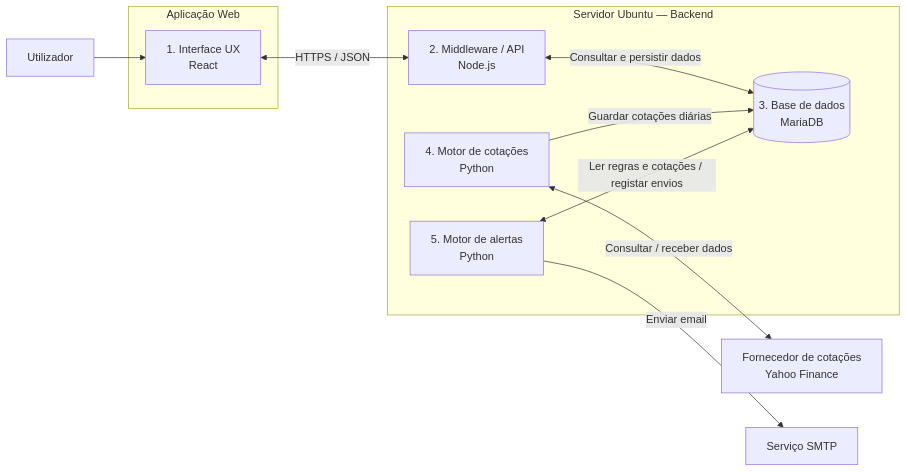
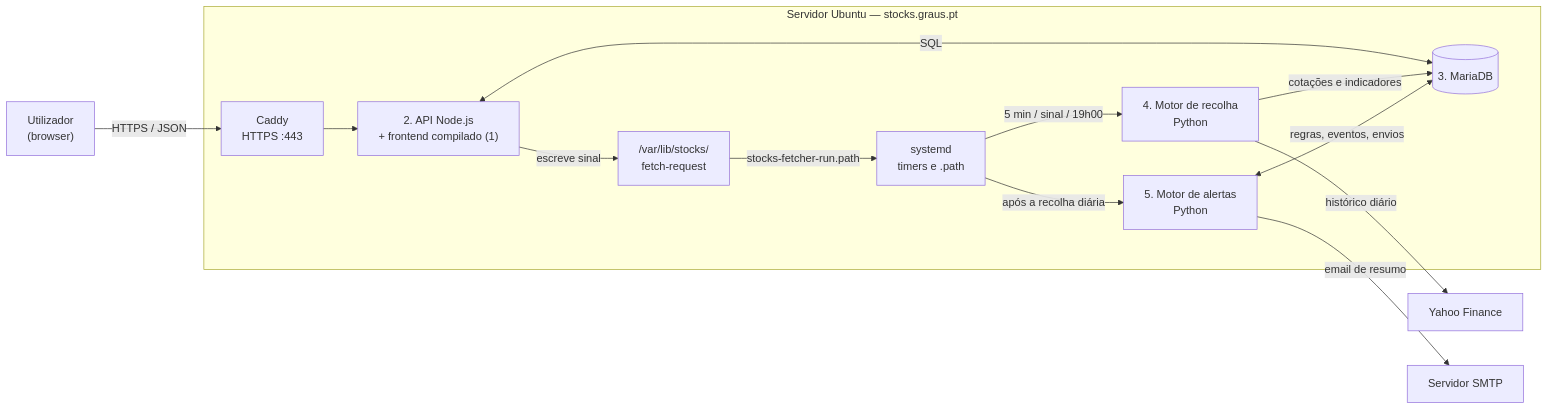
One commit to msant1972/stocks changed the diagram in docs/arquitectura/arquitectura.md. Above: the diagram before and after it, drawn with Mermaid. The commit also changed other lines of this file and 1 other file, not shown here.

````diff
--- a/docs/arquitectura/arquitectura.md
+++ b/docs/arquitectura/arquitectura.md
@@ -42,27 +46,30 @@
 ```mermaid
 flowchart LR
-    U["Utilizador"]
+    U["Utilizador<br/>(browser)"]
 
-    subgraph WEB["Aplicação Web"]
-        UI["1. Interface UX<br/>React"]
+    subgraph SERVER["Servidor Ubuntu — stocks.graus.pt"]
+        CADDY["Caddy<br/>HTTPS :443"]
+        API["2. API Node.js<br/>+ frontend compilado (1)"]
+        DB[("3. MariaDB")]
+        FETCH["4. Motor de recolha<br/>Python"]
+        ALERT["5. Motor de alertas<br/>Python"]
+        SYSD["systemd<br/>timers e .path"]
+        SIG["/var/lib/stocks/<br/>fetch-request"]
+
+        CADDY --> API
+        API <-->|SQL| DB
+        API -->|escreve sinal| SIG
+        SIG -->|stocks-fetcher-run.path| SYSD
+        SYSD -->|5 min / sinal / 19h00| FETCH
+        SYSD -->|após a recolha diária| ALERT
+        FETCH -->|cotações e indicadores| DB
+        ALERT <-->|regras, eventos, envios| DB
     end
 
-    subgraph SERVER["Servidor Ubuntu — Backend"]
-        API["2. Middleware / API<br/>Node.js"]
-        DB[("3. Base de dados<br/>MariaDB")]
-        FETCH["4. Motor de cotações<br/>Python"]
-        ALERT["5. Motor de alertas<br/>Python"]
+    YAHOO["Yahoo Finance"]
+    SMTP["Servidor SMTP"]
 
-        API <-->|Consultar e persistir dados| DB
-        FETCH -->|Guardar cotações diárias| DB
-        ALERT <-->|Ler regras e cotações / registar envios| DB
-    end
-
-    DATA["Fornecedor de cotações<br/>Yahoo Finance"]
-    SMTP["Serviço SMTP"]
-
-    U --> UI
-    UI <-->|HTTPS / JSON| API
-    FETCH <-->|Consultar / receber dados| DATA
-    ALERT -->|Enviar email| SMTP
+    U -->|HTTPS / JSON| CADDY
+    FETCH -->|histórico diário| YAHOO
+    ALERT -->|email de resumo| SMTP
 ```
````
